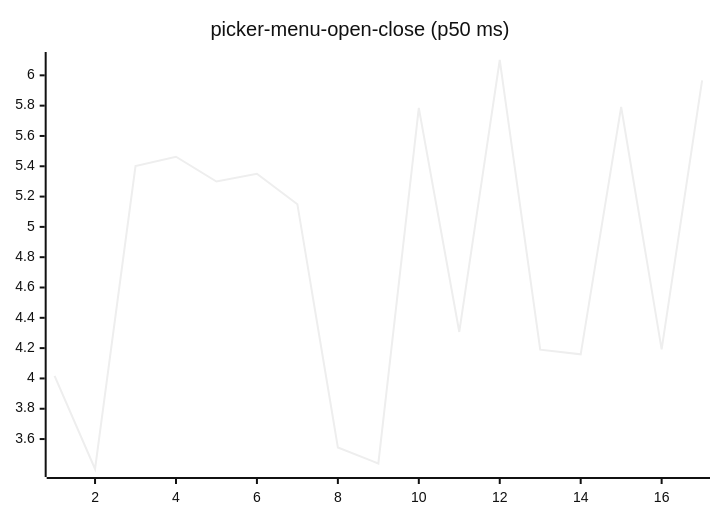
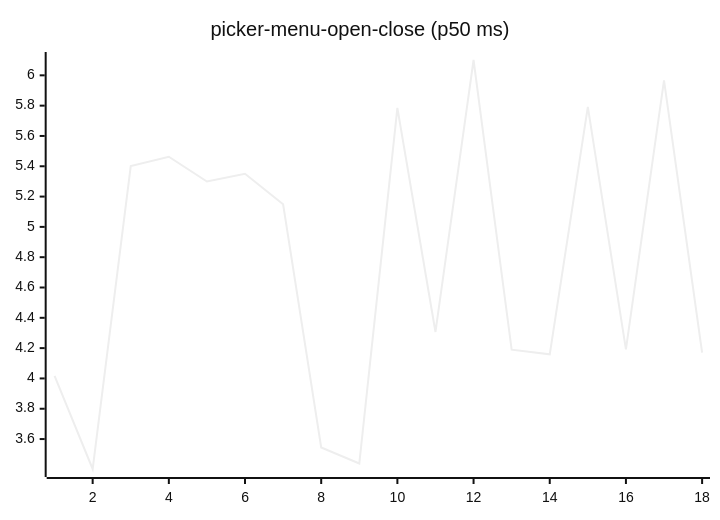
Before and after one commit to josha/Facet: diagram 16 of 27 in README.md, drawn with Mermaid (neutral theme). The commit also changed other lines of this file and 2 other files, not shown here.

````diff
--- a/README.md
+++ b/README.md
@@ -168,6 +168,6 @@
 ```mermaid
 xychart-beta
     title "picker-menu-open-close (p50 ms)"
-    x-axis 1 --> 17
-    line [4.0174, 3.4024, 5.4017, 5.4631, 5.2994, 5.3502, 5.1493, 3.5447, 3.4388, 5.7846, 4.3066, 6.1012, 4.1897, 4.1591, 5.7919, 4.1912, 5.9674]
+    x-axis 1 --> 18
+    line [4.0174, 3.4024, 5.4017, 5.4631, 5.2994, 5.3502, 5.1493, 3.5447, 3.4388, 5.7846, 4.3066, 6.1012, 4.1897, 4.1591, 5.7919, 4.1912, 5.9674, 4.1698]
 ```
````
